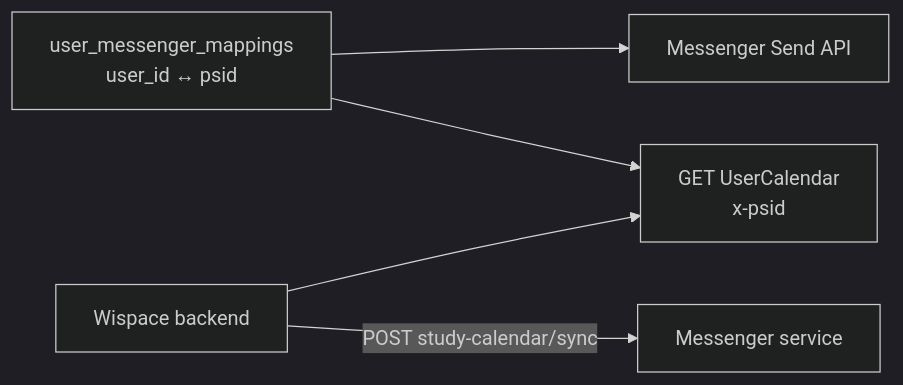
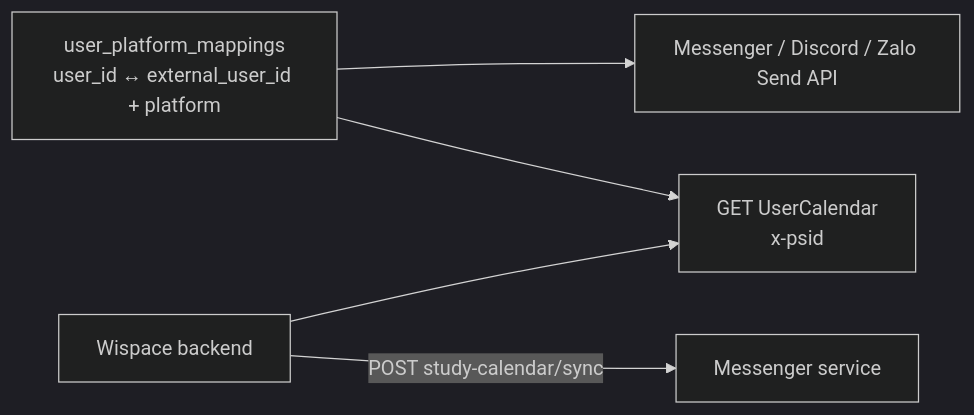
Before and after one commit to lengocanh2005it/wispace-bot: the fourth of 5 diagrams in apps/messenger-bot/docs/study-session-reminder.md, drawn with Mermaid (dark theme). The commit also changed other lines of this file and 8 other files, not shown here.

````diff
--- a/apps/messenger-bot/docs/study-session-reminder.md
+++ b/apps/messenger-bot/docs/study-session-reminder.md
@@ -281,7 +281,7 @@
 ```mermaid
 flowchart LR
-  Map["user_messenger_mappings\nuser_id ↔ psid"] --> Cal["GET UserCalendar\nx-psid"]
-  Map --> Messenger["Messenger Send API"]
+  Map["user_platform_mappings\nuser_id ↔ external_user_id + platform"] --> Cal["GET UserCalendar\nx-psid"]
+  Map --> Messenger["Messenger / Discord / Zalo Send API"]
   Wispace["Wispace backend"] -->|POST study-calendar/sync| MS["Messenger service"]
   Wispace --> Cal
 ```
````
